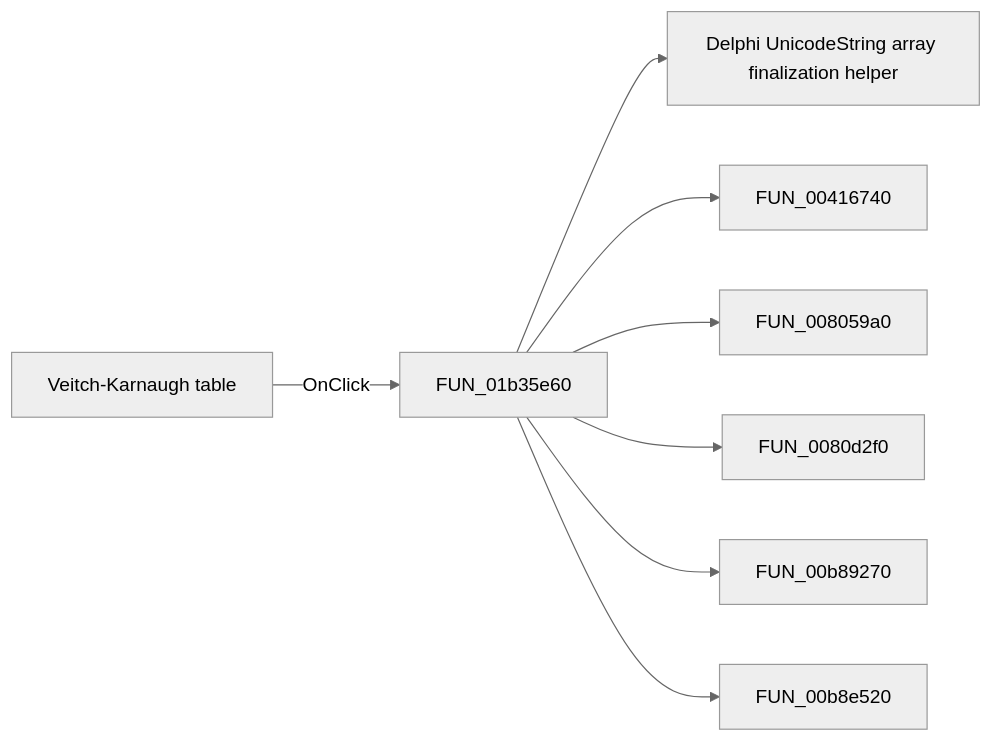
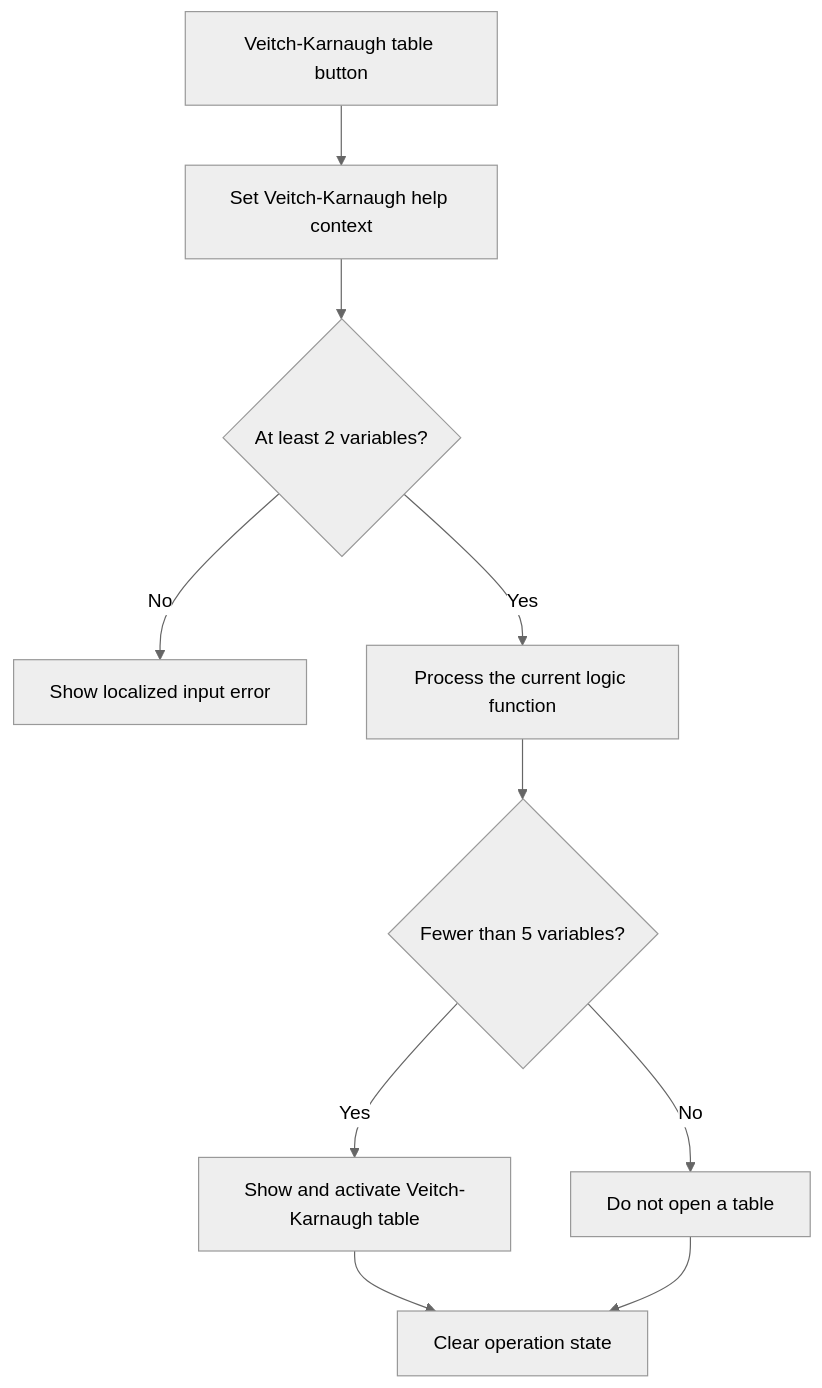
Before and after one commit to MovGP0/TIARA: the diagram in docs/ui-controls/introduction-form/vk-t-8c89a1b5e8.md, drawn with Mermaid (neutral theme). The commit also changed other lines of this file and 387 other files, not shown here.

````diff
--- a/docs/ui-controls/introduction-form/vk-t-8c89a1b5e8.md
+++ b/docs/ui-controls/introduction-form/vk-t-8c89a1b5e8.md
@@ -27,10 +27,12 @@
 ```mermaid
-flowchart LR
-    control["Veitch-Karnaugh table"] -->|OnClick| handler["FUN_01b35e60"]
-    handler --> call1["Delphi UnicodeString array finalization helper"]
-    handler --> call2["FUN_00416740"]
-    handler --> call3["FUN_008059a0"]
-    handler --> call4["FUN_0080d2f0"]
-    handler --> call5["FUN_00b89270"]
-    handler --> call6["FUN_00b8e520"]
+flowchart TD
+    control["Veitch-Karnaugh table button"] --> context["Set Veitch-Karnaugh help context"]
+    context --> minimum{"At least 2 variables?"}
+    minimum -->|No| error["Show localized input error"]
+    minimum -->|Yes| calculate["Process the current logic function"]
+    calculate --> limit{"Fewer than 5 variables?"}
+    limit -->|Yes| show["Show and activate Veitch-Karnaugh table"]
+    limit -->|No| noOpen["Do not open a table"]
+    show --> clean["Clear operation state"]
+    noOpen --> clean
 ```
````
